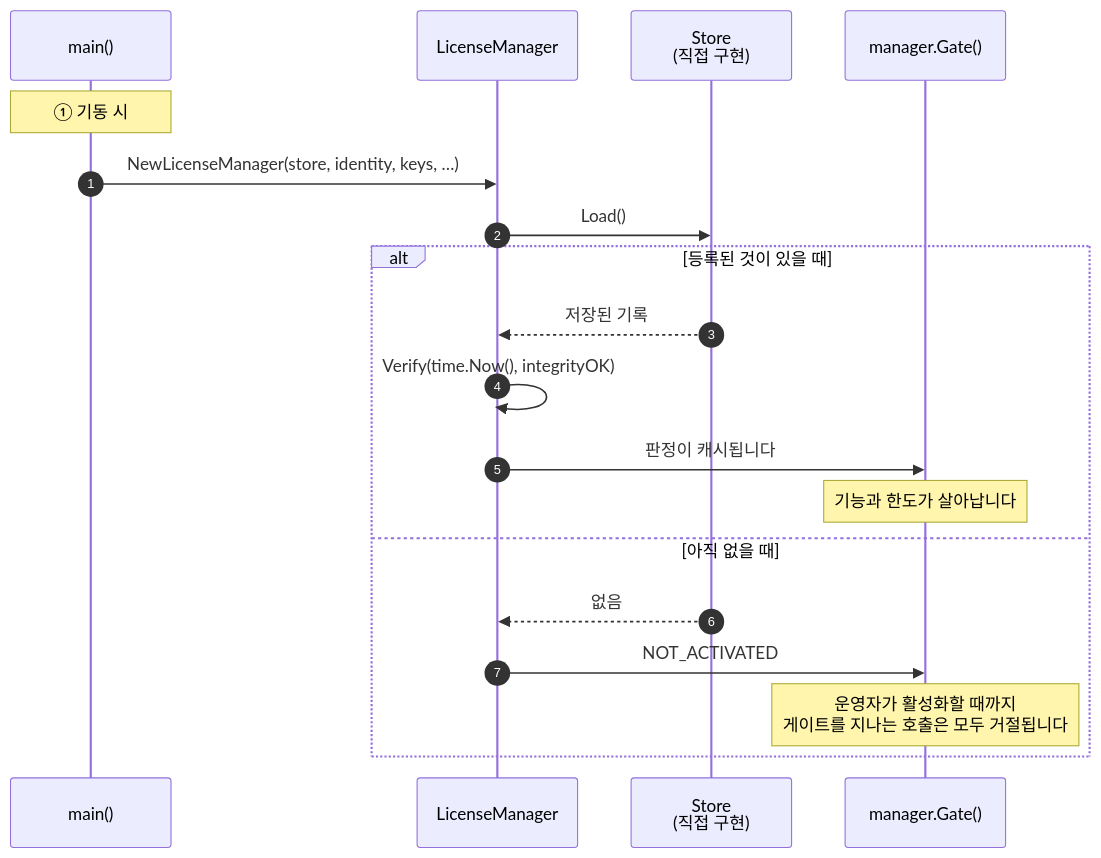
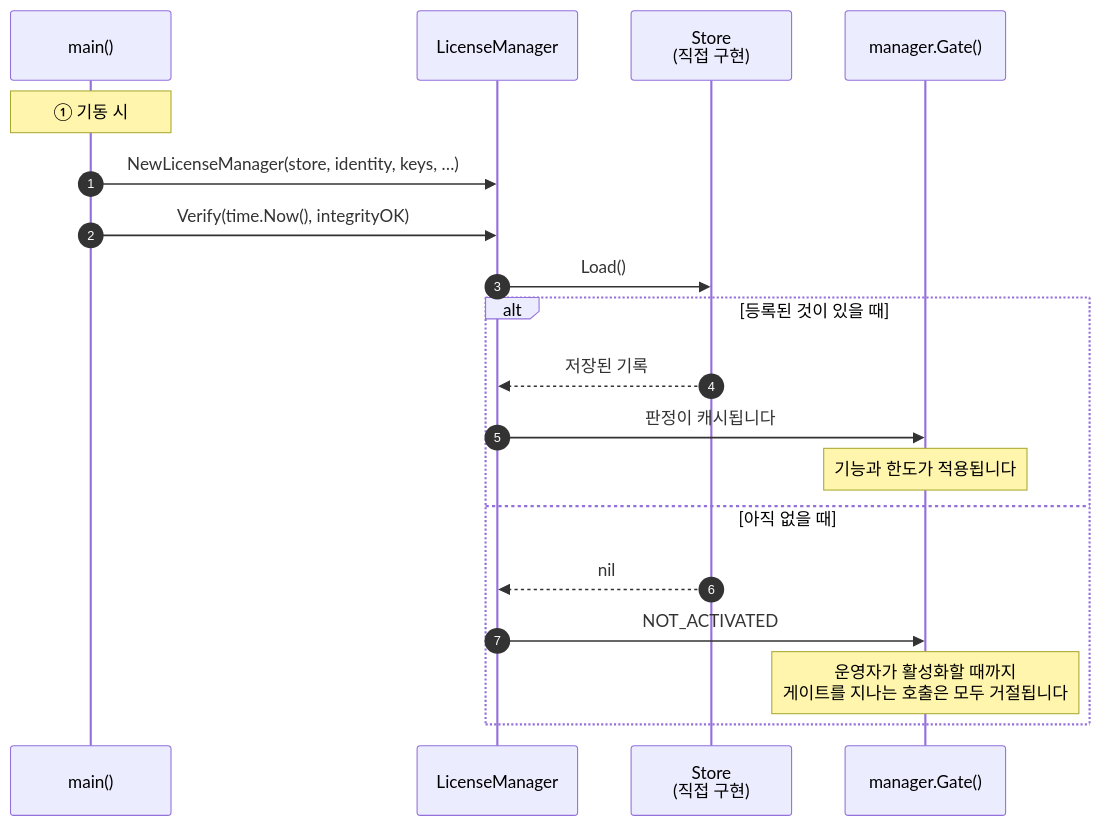
Before and after one commit to accesscore-dev/accesscore-license-sdk-dist: the first of 2 diagrams in docs/manual/ko/go.md, drawn with Mermaid. The commit also changed other lines of this file and 28 other files, not shown here.

````diff
--- a/docs/manual/ko/go.md
+++ b/docs/manual/ko/go.md
@@ -7,22 +7,22 @@
 ```mermaid
 sequenceDiagram
     autonumber
     participant Boot as main()
     participant Mgr as LicenseManager
     participant Store as Store<br/>(직접 구현)
     participant Gate as manager.Gate()
 
     Note over Boot: ① 기동 시
     Boot->>Mgr: NewLicenseManager(store, identity, keys, …)
+    Boot->>Mgr: Verify(time.Now(), integrityOK)
     Mgr->>Store: Load()
     alt 등록된 것이 있을 때
         Store-->>Mgr: 저장된 기록
-        Mgr->>Mgr: Verify(time.Now(), integrityOK)
         Mgr->>Gate: 판정이 캐시됩니다
-        Note over Gate: 기능과 한도가 살아납니다
+        Note over Gate: 기능과 한도가 적용됩니다
     else 아직 없을 때
-        Store-->>Mgr: 없음
+        Store-->>Mgr: nil
         Mgr->>Gate: NOT_ACTIVATED
         Note over Gate: 운영자가 활성화할 때까지<br/>게이트를 지나는 호출은 모두 거절됩니다
     end
 ```
````
